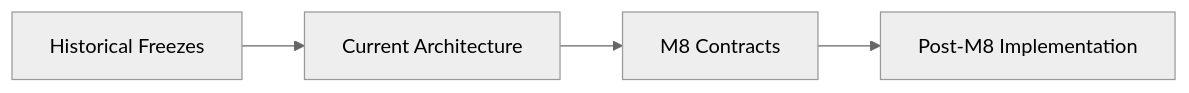
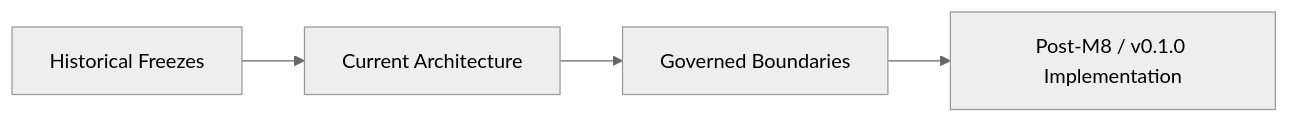
One commit to miumigy/scm-ontology changed the diagram in docs/architecture/README.md. Above: the diagram before and after it, drawn with Mermaid (neutral theme). The commit also changed other lines of this file and 60 other files, not shown here.

````diff
--- a/docs/architecture/README.md
+++ b/docs/architecture/README.md
@@ -15,6 +32,6 @@
 ```mermaid
 flowchart LR
     HIST[Historical Freezes] --> CURRENT[Current Architecture]
-    CURRENT --> CONTRACT[M8 Contracts]
-    CONTRACT --> IMPL[Post-M8 Implementation]
+    CURRENT --> BOUNDARY[Governed Boundaries]
+    BOUNDARY --> IMPL[Post-M8 / v0.1.0 Implementation]
 ```
````
